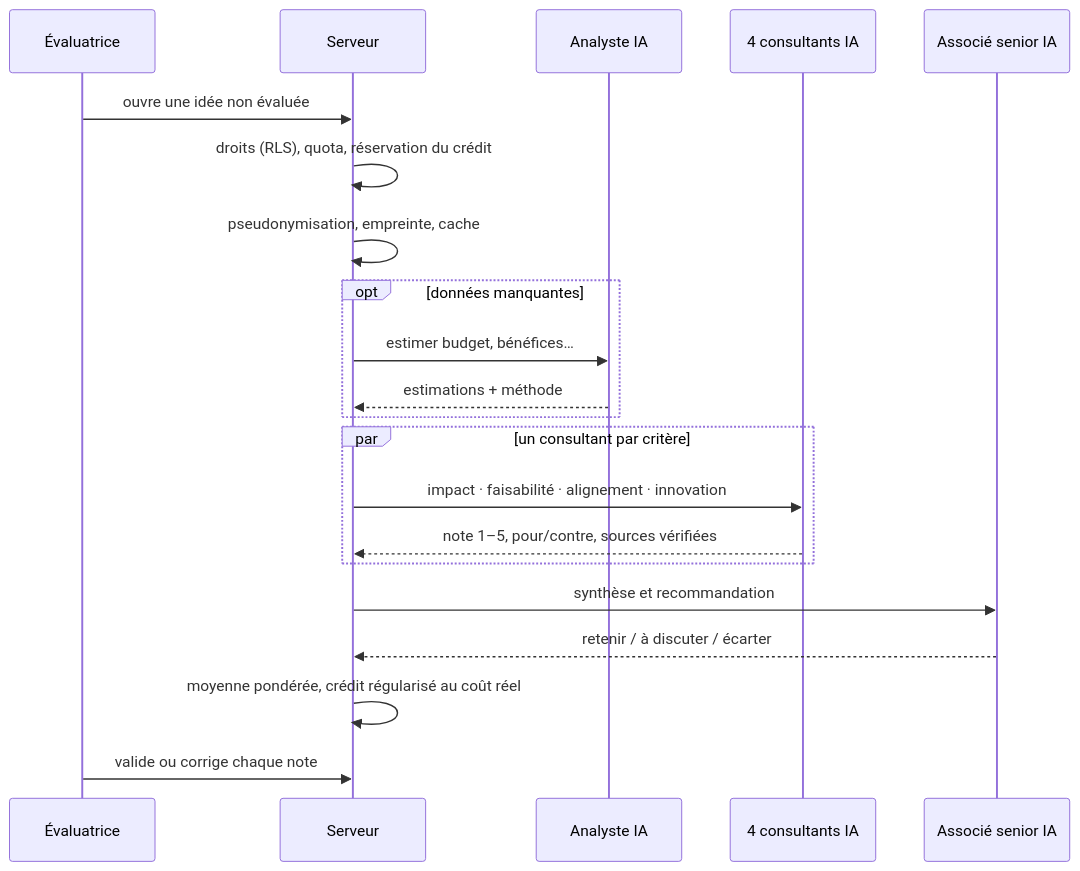
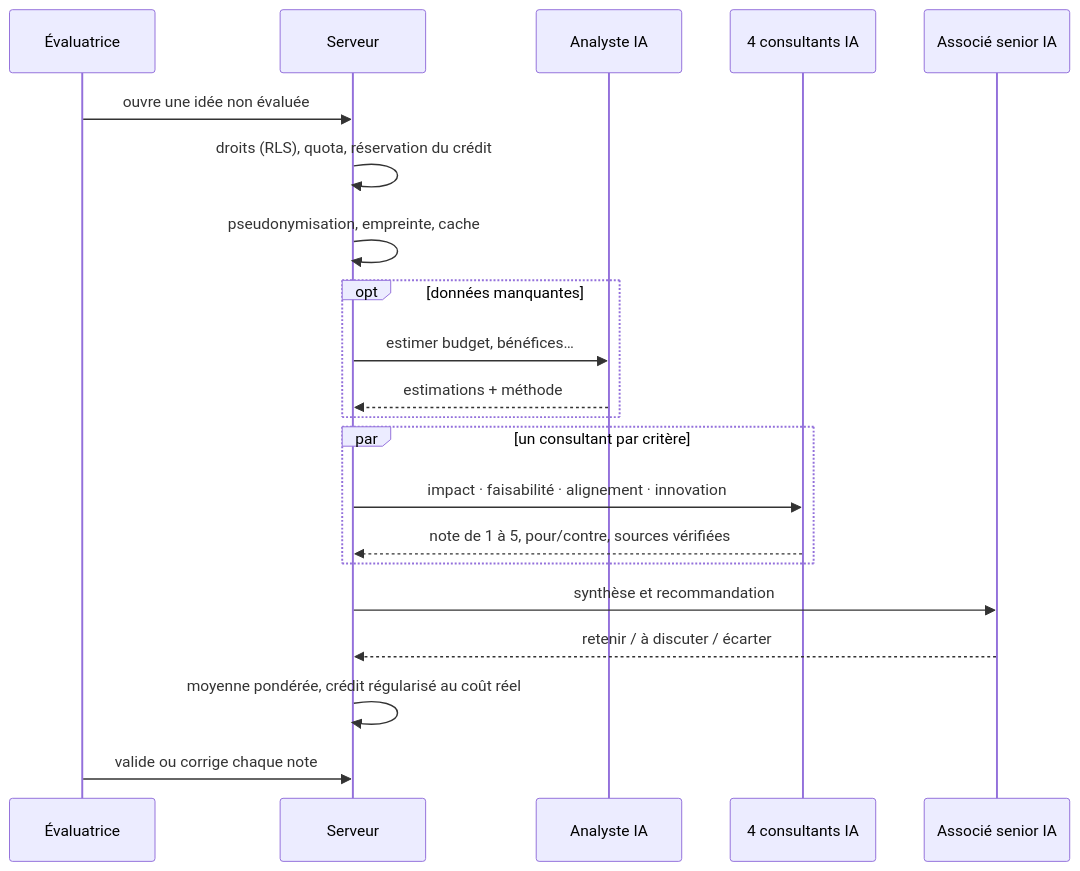
One commit to firasayari10/INSKIP-platforme-innovation changed the third of 4 diagrams in README.md. Above: the diagram before and after it, drawn with Mermaid. The commit also changed other lines of this file and 8 other files, not shown here.

````diff
--- a/README.md
+++ b/README.md
@@ -171,23 +171,23 @@
 ```mermaid
 sequenceDiagram
     participant U as Évaluatrice
     participant S as Serveur
     participant A as Analyste IA
     participant C as 4 consultants IA
     participant P as Associé senior IA
     U->>S: ouvre une idée non évaluée
     S->>S: droits (RLS), quota, réservation du crédit
     S->>S: pseudonymisation, empreinte, cache
     opt données manquantes
         S->>A: estimer budget, bénéfices…
         A-->>S: estimations + méthode
     end
     par un consultant par critère
         S->>C: impact · faisabilité · alignement · innovation
-        C-->>S: note 1–5, pour/contre, sources vérifiées
+        C-->>S: note de 1 à 5, pour/contre, sources vérifiées
     end
     S->>P: synthèse et recommandation
     P-->>S: retenir / à discuter / écarter
     S->>S: moyenne pondérée, crédit régularisé au coût réel
     U->>S: valide ou corrige chaque note
 ```
````
